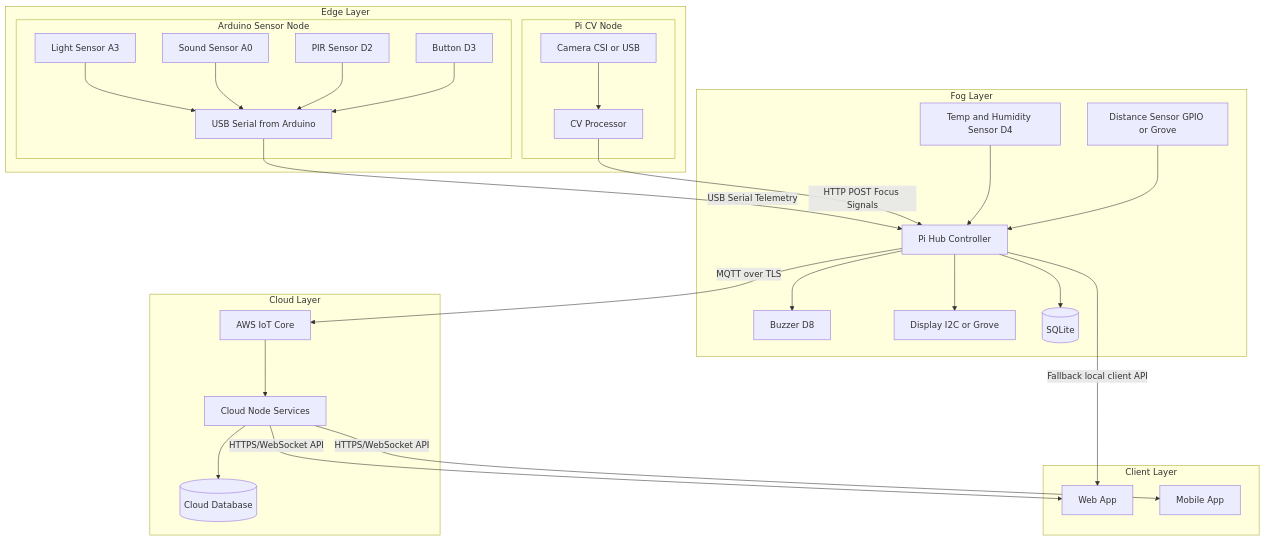
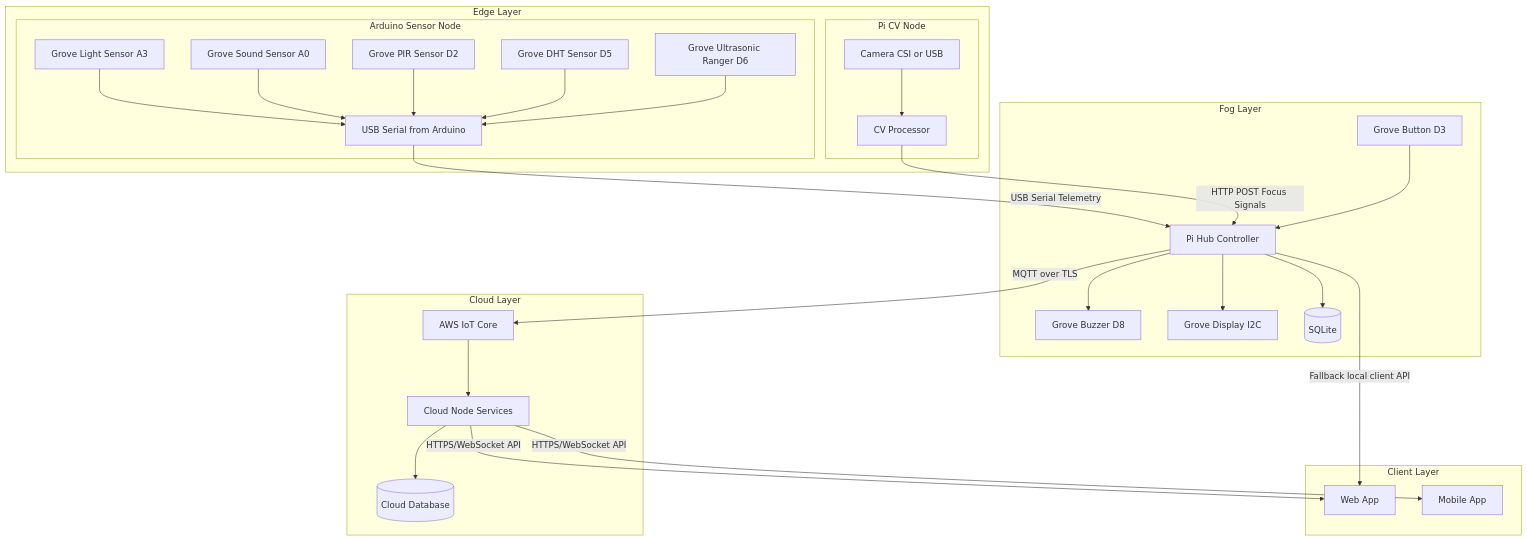
One commit to MichalisCYP/CMT223 changed the first of 2 diagrams in docs/2. Architecture and Design/SystemArchitecture.md. Above: the diagram before and after it, drawn with Mermaid. The commit also changed other lines of this file and 23 other files, not shown here.

Commit message:
moved DHT, Distance to Arduino, moved Button to Pi, fixed display code SH1107

````diff
--- a/docs/2. Architecture and Design/SystemArchitecture.md
+++ b/docs/2. Architecture and Design/SystemArchitecture.md
@@ -14,58 +14,58 @@
 ```mermaid
 flowchart TB
     subgraph EDGE[Edge Layer]
         subgraph ARD[Arduino Sensor Node]
-            ALS[Light Sensor A3]
-            ASD[Sound Sensor A0]
-            APIR[PIR Sensor D2]
-            ABTN[Button D3]
+            ALS[Grove Light Sensor A3]
+            ASD[Grove Sound Sensor A0]
+            APIR[Grove PIR Sensor D2]
+            ADHT[Grove DHT Sensor D5]
+            ADIST[Grove Ultrasonic Ranger D6]
             ABT[USB Serial from Arduino]
         end
 
         subgraph CV[Pi CV Node]
             CAM[Camera CSI or USB]
             CVP[CV Processor]
         end
     end
 
     subgraph FOG[Fog Layer]
         H[Pi Hub Controller]
-        HTEMP[Temp and Humidity Sensor D4]
-        HDIST[Distance Sensor GPIO or Grove]
-        HBUZ[Buzzer D8]
-        HDIS[Display I2C or Grove]
+        HBTN[Grove Button D3]
+        HBUZ[Grove Buzzer D8]
+        HDIS[Grove Display I2C]
         DB[(SQLite)]
     end
 
     subgraph CLOUD[Cloud Layer]
         AWS[AWS IoT Core]
         CN[Cloud Node Services]
         CDB[(Cloud Database)]
     end
 
     subgraph CLIENT[Client Layer]
         WEB[Web App]
         MOB[Mobile App]
     end
 
     ALS --> ABT
     ASD --> ABT
     APIR --> ABT
-    ABTN --> ABT
+    ADHT --> ABT
+    ADIST --> ABT
     CAM --> CVP
 
     ABT -->|USB Serial Telemetry| H
     CVP -->|HTTP POST Focus Signals| H
-    HTEMP --> H
-    HDIST --> H
+    HBTN --> H
 
     H --> DB
     H --> HBUZ
     H --> HDIS
     H -->|MQTT over TLS| AWS
     AWS --> CN
     CN --> CDB
     CN -->|HTTPS/WebSocket API| WEB
     CN -->|HTTPS/WebSocket API| MOB
     H -->|Fallback local client API| WEB
 ```
````
